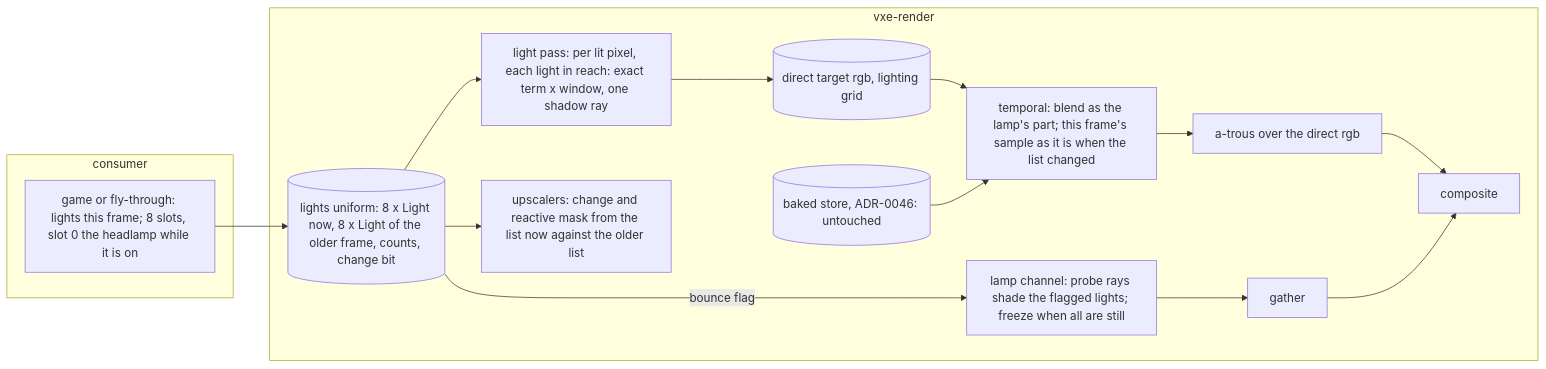
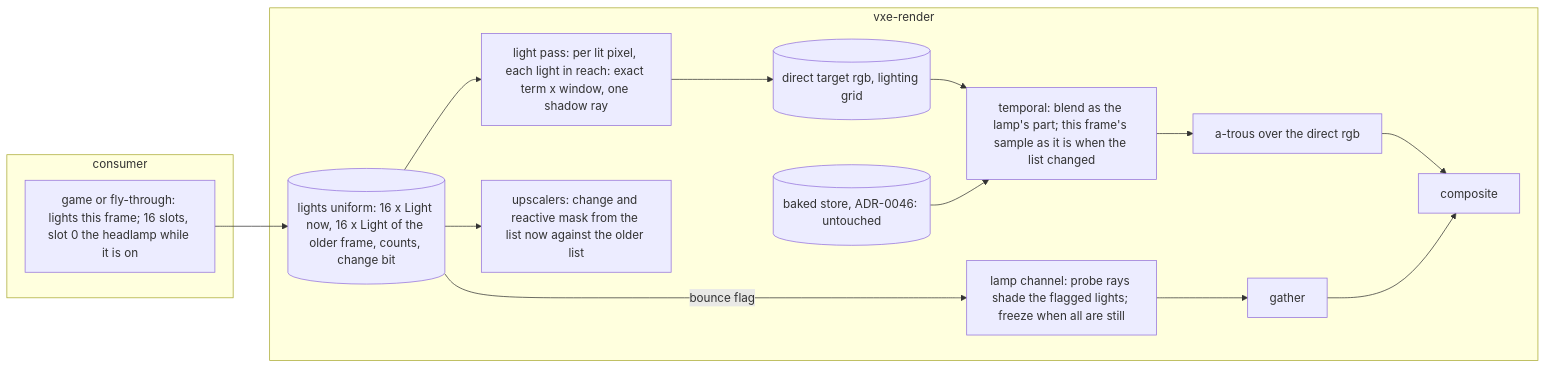
Before and after one commit to IgorKonovalov/voxel-engine: the diagram in docs/plans/0058-dynamic-lights-a-list-of-analytic-lights-dropped-carried-and-bounced.md, drawn with Mermaid. The commit also changed other lines of this file and 9 other files, not shown here.

````diff
--- a/docs/plans/0058-dynamic-lights-a-list-of-analytic-lights-dropped-carried-and-bounced.md
+++ b/docs/plans/0058-dynamic-lights-a-list-of-analytic-lights-dropped-carried-and-bounced.md
@@ -191,16 +215,16 @@
 ```mermaid
 flowchart LR
     subgraph consumer
-        G[game or fly-through: lights this frame; 8 slots, slot 0 the headlamp while it is on]
+        G[game or fly-through: lights this frame; 16 slots, slot 0 the headlamp while it is on]
     end
     subgraph vxe-render
-        G --> U[(lights uniform: 8 x Light now, 8 x Light of the older frame, counts, change bit)]
+        G --> U[(lights uniform: 16 x Light now, 16 x Light of the older frame, counts, change bit)]
         U --> LP[light pass: per lit pixel, each light in reach: exact term x window, one shadow ray]
         LP --> D[(direct target rgb, lighting grid)]
         D --> TP[temporal: blend as the lamp's part; this frame's sample as it is when the list changed]
         TP --> AT[a-trous over the direct rgb] --> C[composite]
         ST[(baked store, ADR-0046: untouched)] --> TP
         U --> RM[upscalers: change and reactive mask from the list now against the older list]
         U -- bounce flag --> PU[lamp channel: probe rays shade the flagged lights; freeze when all are still] --> PG[gather] --> C
     end
 ```
````
